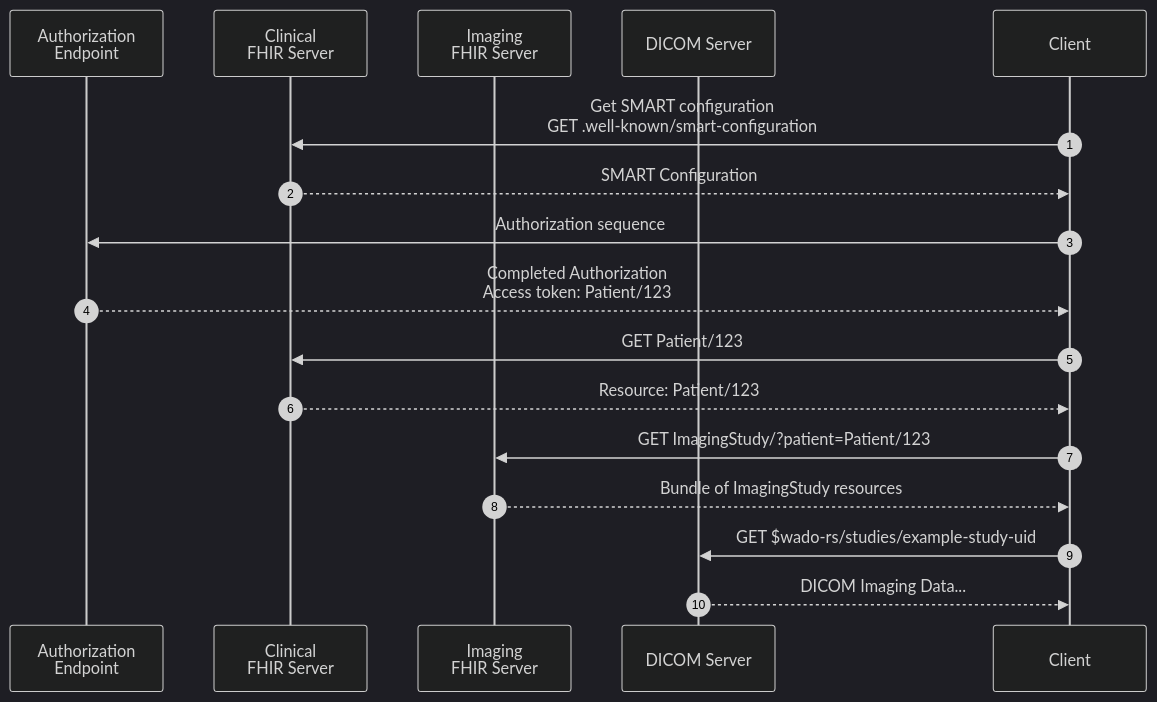
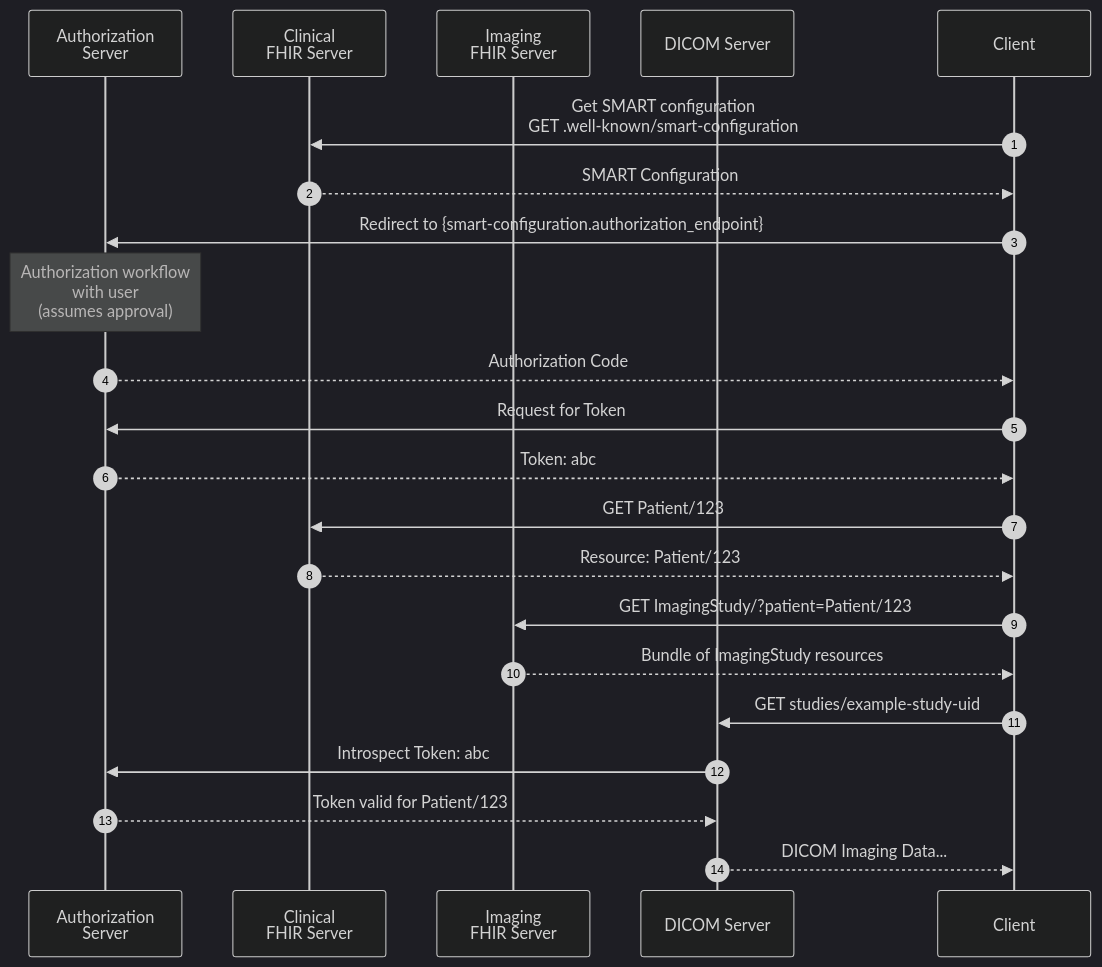
The diagram in Mermaid-diagrams.md (sync-for-science/imaging), drawn with Mermaid (dark theme) before and after one commit. The commit also changed 1 other file, not shown here.

Commit message:
Updates to workflow

````diff
--- a/Mermaid-diagrams.md
+++ b/Mermaid-diagrams.md
@@ -3,19 +3,24 @@
 ```mermaid
 sequenceDiagram
   autonumber
-  participant A as Authorization<br/>Endpoint
+  participant AS as Authorization<br/>Server
   participant CFS as Clinical<br/>FHIR Server
   participant IFS as Imaging<br/>FHIR Server
   participant D as DICOM Server
   participant C as Client
   C->>CFS: Get SMART configuration<br/>GET .well-known/smart-configuration
   CFS-->>C: SMART Configuration
-  C->>A: Authorization sequence
-  A-->>C: Completed Authorization<br/>Access token: Patient/123
+  C->>AS: Redirect to {smart-configuration.authorization_endpoint}
+  Note over AS: Authorization workflow<br/>with user<br/>(assumes approval)
+  AS-->>C: Authorization Code
+  C->>AS: Request for Token
+  AS-->>C: Token: abc
   C->>CFS: GET Patient/123
   CFS-->>C: Resource: Patient/123
   C->>IFS: GET ImagingStudy/?patient=Patient/123
   IFS-->>C: Bundle of ImagingStudy resources
-  C->>D: GET $wado-rs/studies/example-study-uid
+  C->>D: GET studies/example-study-uid
+  D->>AS: Introspect Token: abc
+  AS-->>D: Token valid for Patient/123
   D-->>C: DICOM Imaging Data...
 ```
````
